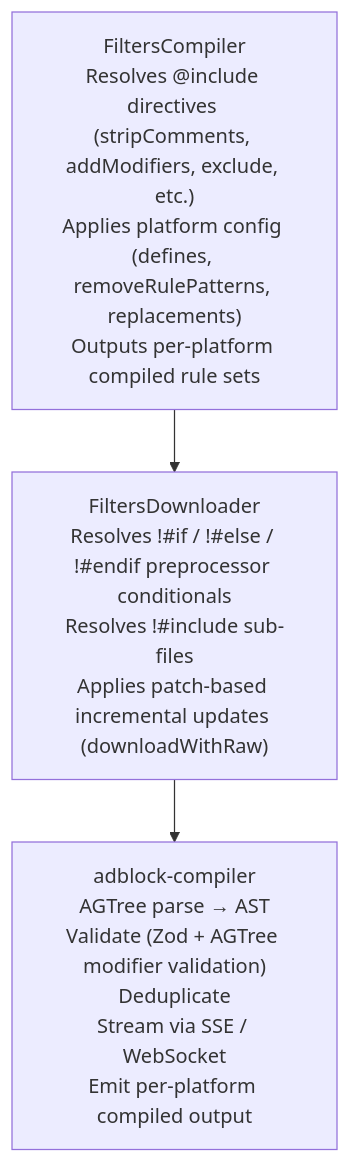
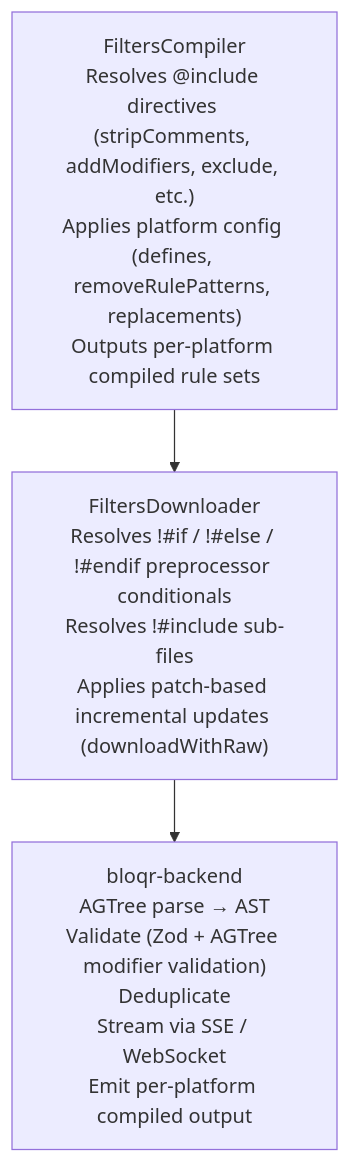
One commit to jaypatrick/adblock-compiler changed the diagram in ideas/FILTERS_COMPILER_INTEGRATION.md. Above: the diagram before and after it, drawn with Mermaid. The commit also changed other lines of this file and 252 other files, not shown here.

First line of the commit message:
chore: rename Cloudflare Worker names from adblock- to bloqr- (bloqr-compiler → bloqr-backend) (#1762)

````diff
--- a/ideas/FILTERS_COMPILER_INTEGRATION.md
+++ b/ideas/FILTERS_COMPILER_INTEGRATION.md
@@ -166,9 +166,9 @@
 ```mermaid
 flowchart TD
     FC["FiltersCompiler\nResolves @include directives (stripComments, addModifiers, exclude, etc.)\nApplies platform config (defines, removeRulePatterns, replacements)\nOutputs per-platform compiled rule sets"]
     FD["FiltersDownloader\nResolves !#if / !#else / !#endif preprocessor conditionals\nResolves !#include sub-files\nApplies patch-based incremental updates (downloadWithRaw)"]
-    AC["adblock-compiler\nAGTree parse → AST\nValidate (Zod + AGTree modifier validation)\nDeduplicate\nStream via SSE / WebSocket\nEmit per-platform compiled output"]
+    AC["bloqr-backend\nAGTree parse → AST\nValidate (Zod + AGTree modifier validation)\nDeduplicate\nStream via SSE / WebSocket\nEmit per-platform compiled output"]
 
     FC --> FD
     FD --> AC
 ```
````
